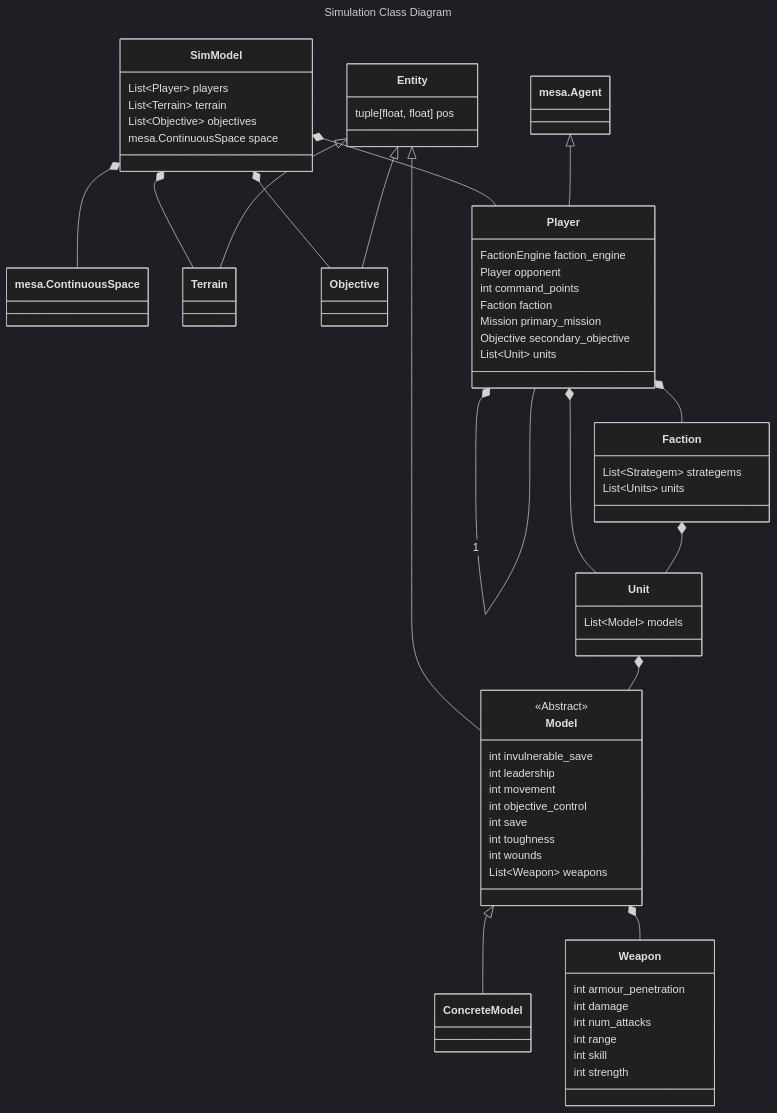
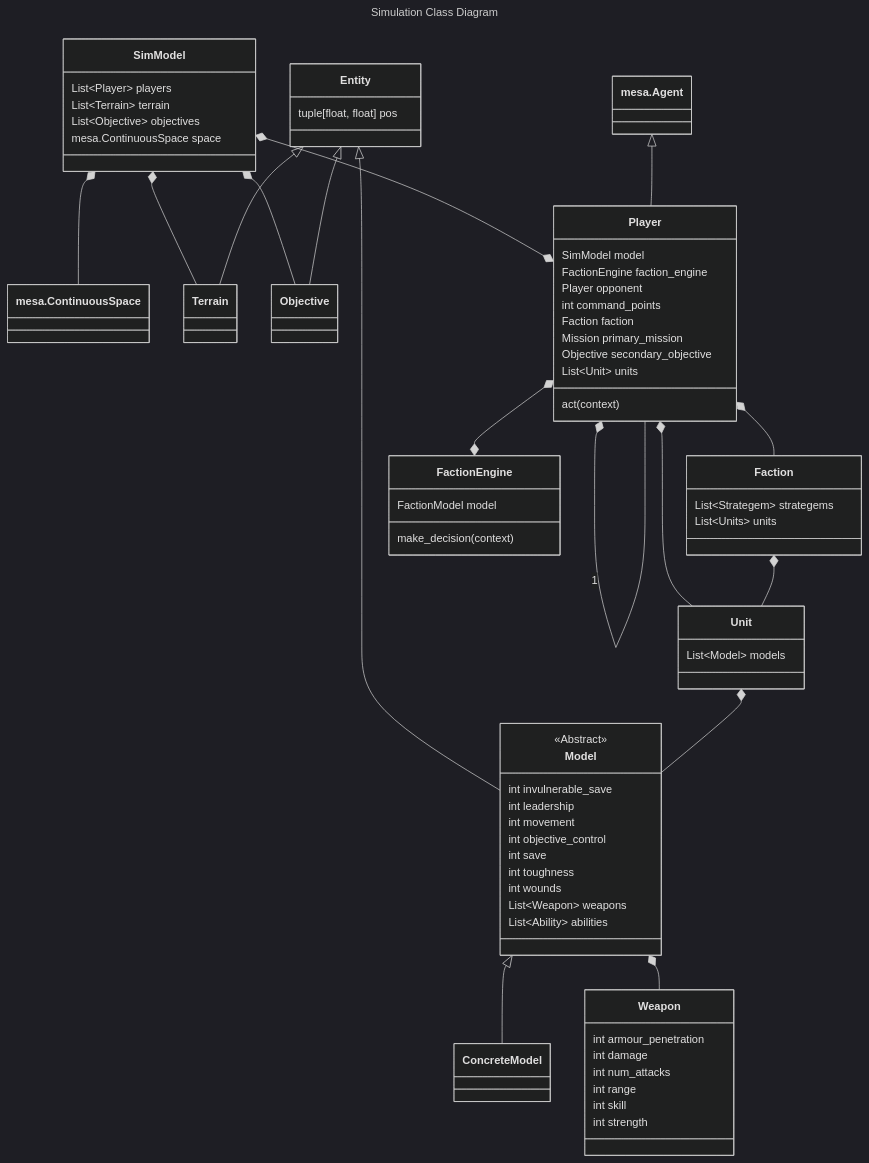
Before and after one commit to ericdrejza/omnissiah-tacticus-engine: the diagram in model/diagrams/simulation_class_diagram.md, drawn with Mermaid (dark theme).

Commit message:
Add more pieces to diagram.

```diff
--- a/model/diagrams/simulation_class_diagram.md
+++ b/model/diagrams/simulation_class_diagram.md
@@ -17,7 +17,7 @@
 class Objective
 
 SimModel *-- mesa.ContinuousSpace
-SimModel *-- Player
+SimModel *--* Player
 SimModel *-- Terrain
 SimModel *-- Objective
 
@@ -33,6 +33,9 @@
 mesa.Agent <|-- Player
 
 class Player {
+    %% model
+    SimModel model
+
     %% engine
     FactionEngine faction_engine
 
@@ -45,11 +48,21 @@
     Mission primary_mission
     Objective secondary_objective
     List~Unit~ units
+
+    %% methods
+    act(context)
 }
 
 Player *-- Faction
 Player *-- Unit
 Player *-- Player : 1
+Player *--* FactionEngine
+
+class FactionEngine {
+    FactionModel model
+
+    make_decision(context)
+}
 
 class Faction {
     List~Strategem~ strategems
@@ -78,6 +91,9 @@
 
     %% weapons
     List~Weapon~ weapons
+
+    %% abilities
+    List~Ability~ abilities
 }
 
 Model <|-- ConcreteModel
```
